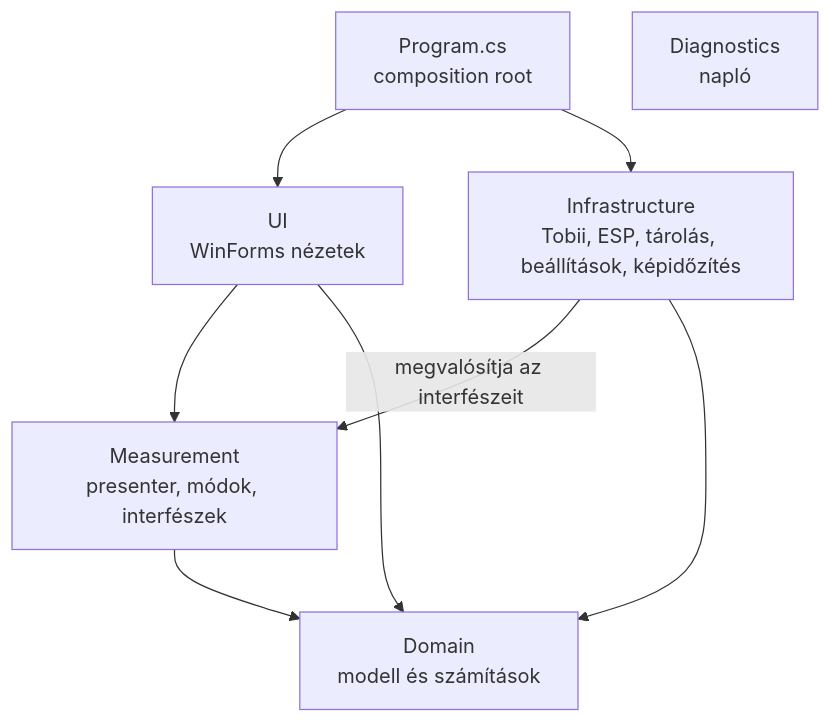
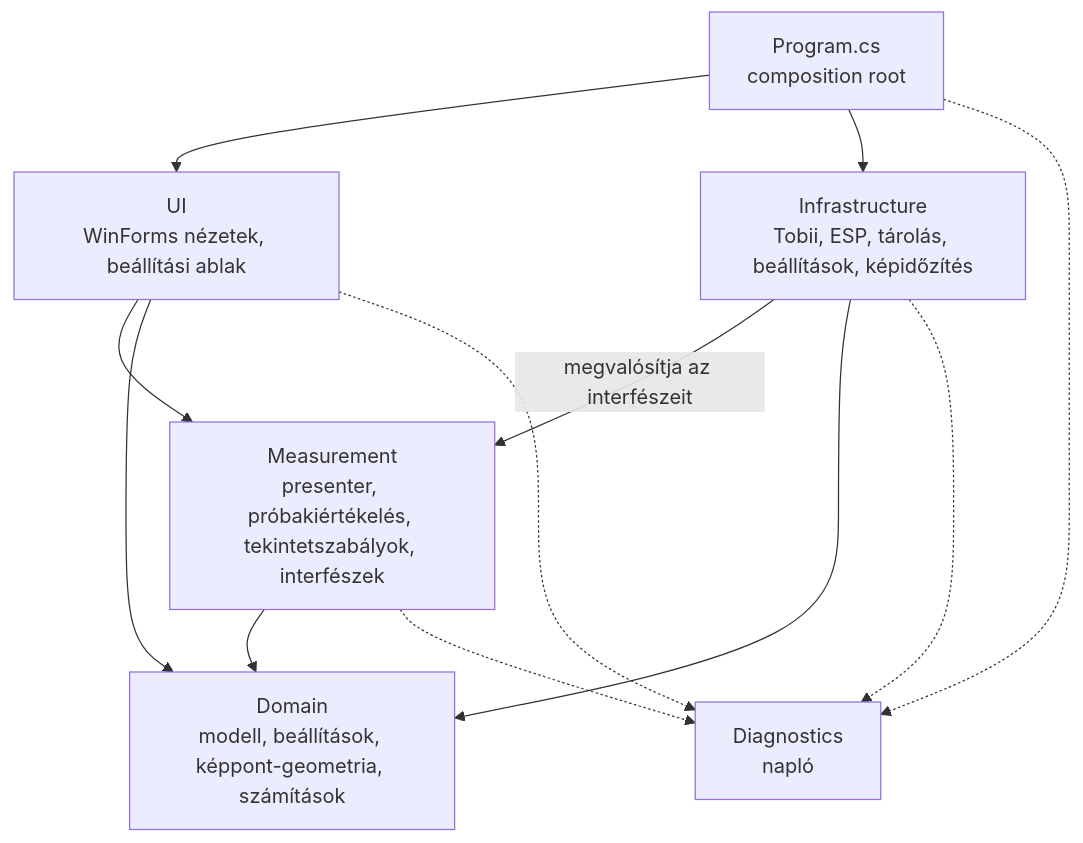
Before and after one commit to Mrenyo/reaktion_time: the first of 4 diagrams in docs/FEJLESZTOI_DOKUMENTACIO.md, drawn with Mermaid. The commit also changed other lines of this file and 99 other files, not shown here.

````diff
--- a/docs/FEJLESZTOI_DOKUMENTACIO.md
+++ b/docs/FEJLESZTOI_DOKUMENTACIO.md
@@ -7,17 +12,21 @@
 ```mermaid
 flowchart TD
     Program["Program.cs<br/>composition root"]
-    UI["UI<br/>WinForms nézetek"]
-    Measurement["Measurement<br/>presenter, módok, interfészek"]
+    UI["UI<br/>WinForms nézetek, beállítási ablak"]
+    Measurement["Measurement<br/>presenter, próbakiértékelés, tekintetszabályok, interfészek"]
     Infrastructure["Infrastructure<br/>Tobii, ESP, tárolás, beállítások, képidőzítés"]
-    Domain["Domain<br/>modell és számítások"]
+    Domain["Domain<br/>modell, beállítások, képpont-geometria, számítások"]
     Diagnostics["Diagnostics<br/>napló"]
 
     Program --> UI
     Program --> Infrastructure
     UI --> Measurement
     Infrastructure -- "megvalósítja az interfészeit" --> Measurement
     Measurement --> Domain
     Infrastructure --> Domain
     UI --> Domain
+    Program -.-> Diagnostics
+    UI -.-> Diagnostics
+    Measurement -.-> Diagnostics
+    Infrastructure -.-> Diagnostics
 ```
````
